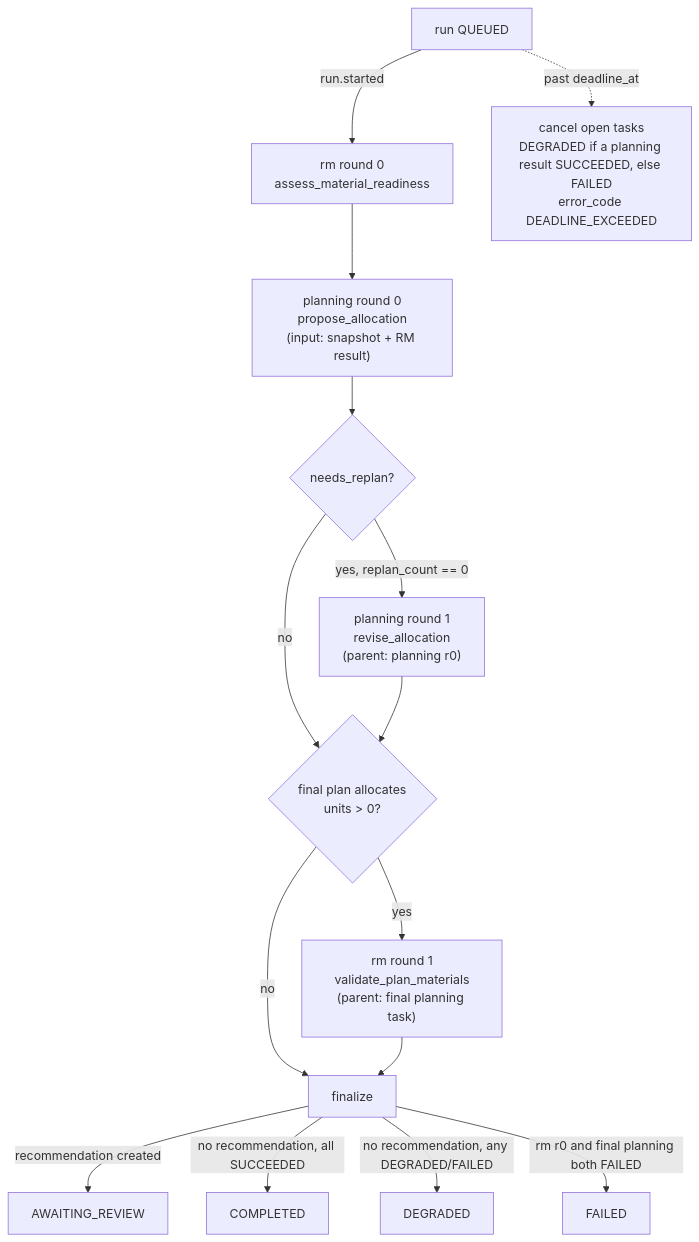
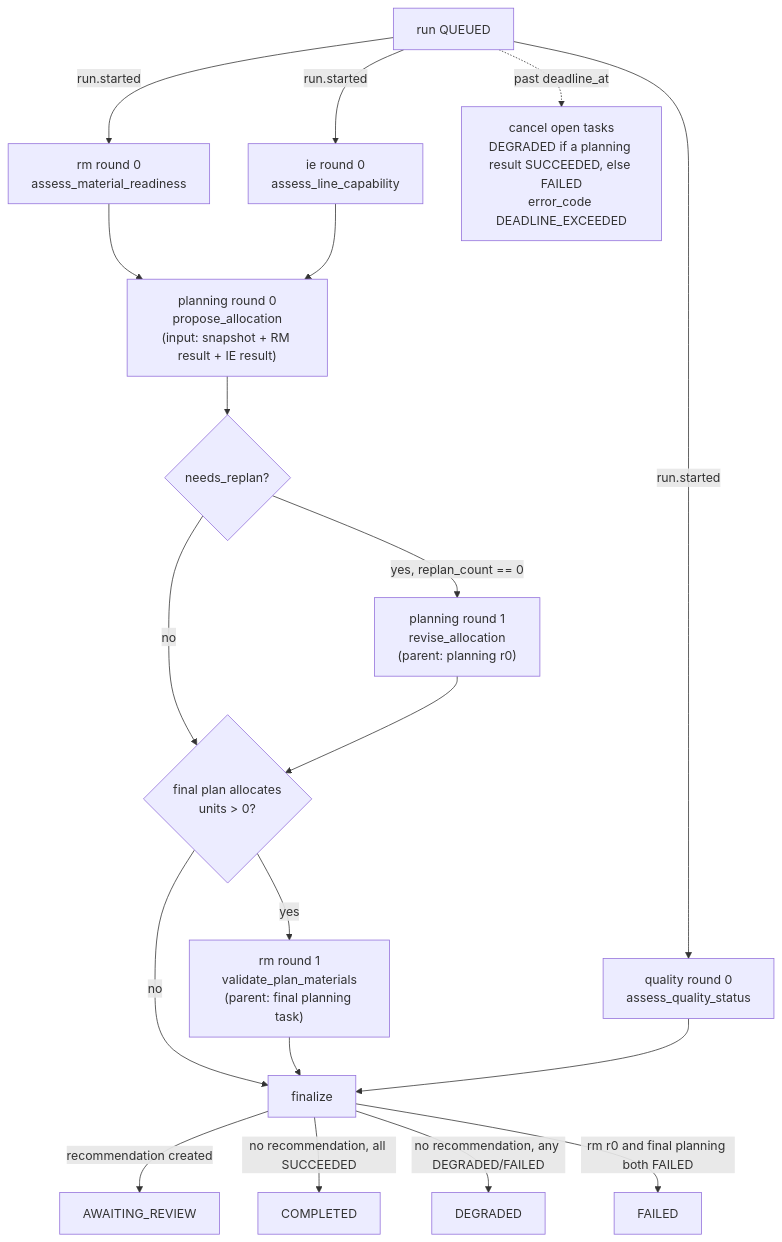
One commit to ChirathVihigum/linesense-ai changed the second of 2 diagrams in docs/architecture/agent-protocol.md. Above: the diagram before and after it, drawn with Mermaid. The commit also changed other lines of this file and 25 other files, not shown here.

````diff
--- a/docs/architecture/agent-protocol.md
+++ b/docs/architecture/agent-protocol.md
@@ -129,17 +129,21 @@
 ```mermaid
 flowchart TD
     Q[run QUEUED] -->|run.started| RM0["rm round 0<br/>assess_material_readiness"]
-    RM0 --> P0["planning round 0<br/>propose_allocation<br/>(input: snapshot + RM result)"]
+    Q -->|run.started| IE0["ie round 0<br/>assess_line_capability"]
+    Q -->|run.started| QA0["quality round 0<br/>assess_quality_status"]
+    RM0 --> P0["planning round 0<br/>propose_allocation<br/>(input: snapshot + RM result + IE result)"]
+    IE0 --> P0
     P0 --> DEC{"needs_replan?"}
     DEC -->|"yes, replan_count == 0"| P1["planning round 1<br/>revise_allocation<br/>(parent: planning r0)"]
     DEC -->|no| FIN0
     P1 --> FIN0{"final plan allocates<br/>units > 0?"}
     FIN0 -->|yes| RM1["rm round 1<br/>validate_plan_materials<br/>(parent: final planning task)"]
     FIN0 -->|no| F[finalize]
     RM1 --> F
+    QA0 --> F
     F -->|recommendation created| AR[AWAITING_REVIEW]
     F -->|no recommendation, all SUCCEEDED| C[COMPLETED]
     F -->|no recommendation, any DEGRADED/FAILED| D[DEGRADED]
     F -->|rm r0 and final planning both FAILED| X[FAILED]
     Q -.->|past deadline_at| DL["cancel open tasks<br/>DEGRADED if a planning result SUCCEEDED, else FAILED<br/>error_code DEADLINE_EXCEEDED"]
 ```
````
